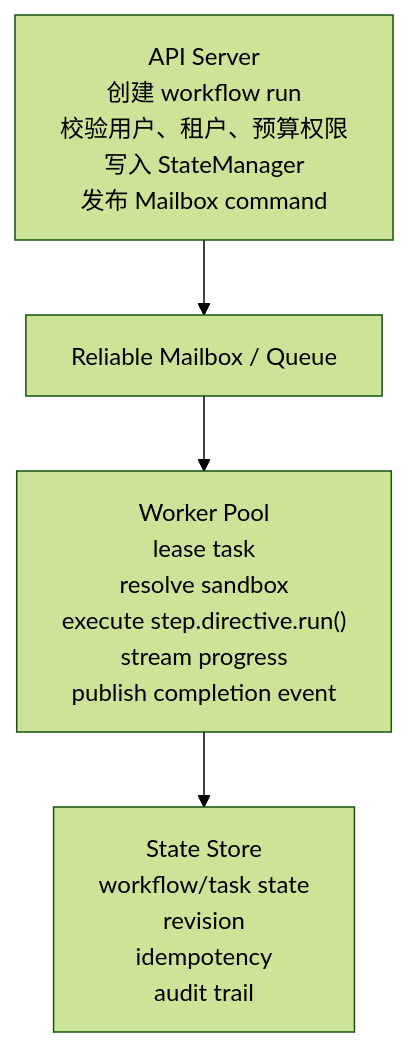
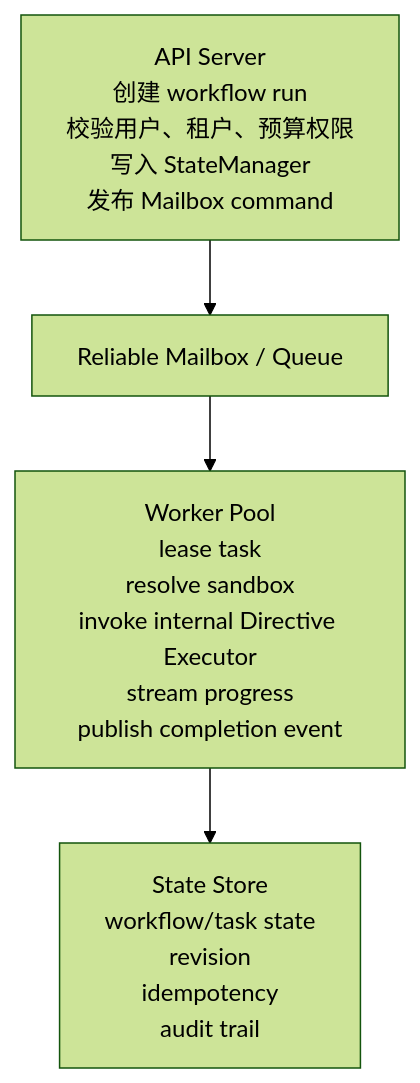
One commit to pqpo/pragma changed diagram 17 of 18 in docs/architecture/agent-core-architecture.md. Above: the diagram before and after it, drawn with Mermaid (forest theme). The commit also changed other lines of this file and 34 other files, not shown here.

First line of the commit message:
Refactor directive execution handling and improve task management

````diff
--- a/docs/architecture/agent-core-architecture.md
+++ b/docs/architecture/agent-core-architecture.md
@@ -469,9 +469,9 @@
 ```mermaid
 flowchart TB
   api["API Server<br/>创建 workflow run<br/>校验用户、租户、预算权限<br/>写入 StateManager<br/>发布 Mailbox command"]
   mailbox["Reliable Mailbox / Queue"]
-  worker["Worker Pool<br/>lease task<br/>resolve sandbox<br/>execute step.directive.run()<br/>stream progress<br/>publish completion event"]
+  worker["Worker Pool<br/>lease task<br/>resolve sandbox<br/>invoke internal Directive Executor<br/>stream progress<br/>publish completion event"]
   state["State Store<br/>workflow/task state<br/>revision<br/>idempotency<br/>audit trail"]
 
   api --> mailbox --> worker --> state
 ```
````
